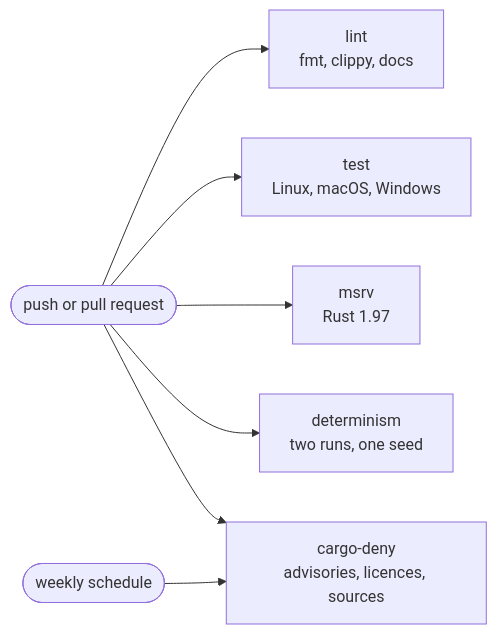
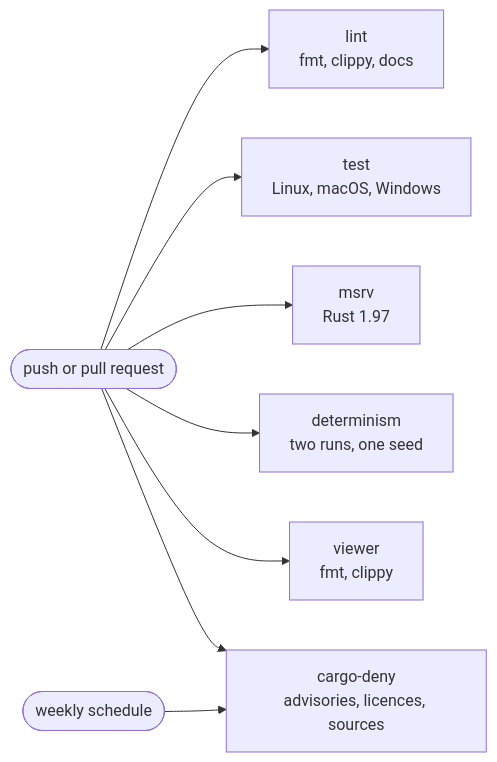
Before and after one commit to ngodzik/cellweave: the second of 3 diagrams in README.md, drawn with Mermaid. The commit also changed other lines of this file and 16 other files, not shown here.

````diff
--- a/README.md
+++ b/README.md
@@ -111,12 +125,13 @@
 ```mermaid
 flowchart LR
     push(["push or pull request"])
     cron(["weekly schedule"])
 
     push --> lint["lint<br/>fmt, clippy, docs"]
     push --> test["test<br/>Linux, macOS, Windows"]
     push --> msrv["msrv<br/>Rust 1.97"]
     push --> det["determinism<br/>two runs, one seed"]
+    push --> viewer["viewer<br/>fmt, clippy"]
     push --> deny["cargo-deny<br/>advisories, licences, sources"]
     cron --> deny
 ```
````
